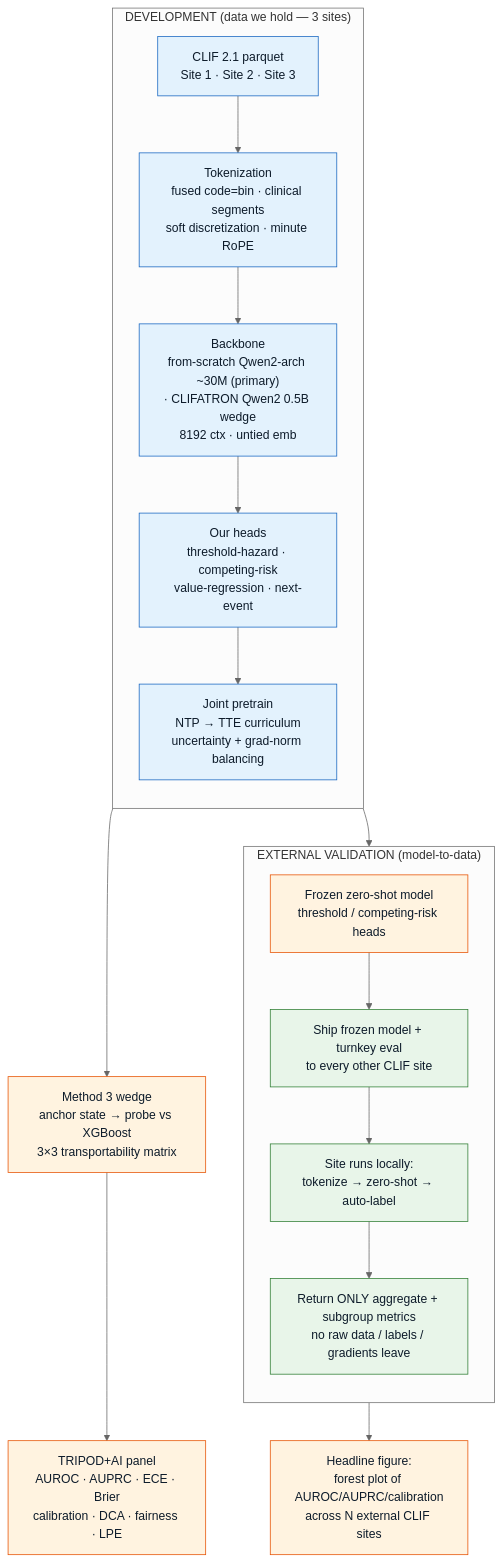
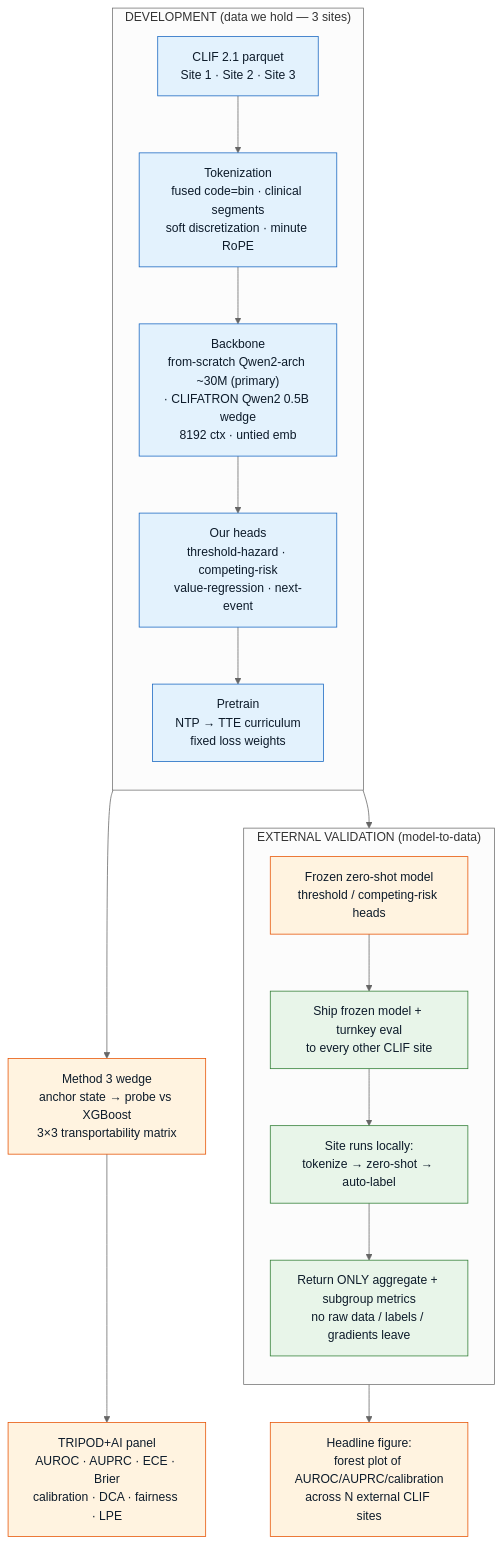
The first of 4 diagrams in website/docs/overview.md (sajor2000/clifatron2.0), drawn with Mermaid (neutral theme) before and after one commit. The commit also changed 20 other files, not shown here.

First line of the commit message:
feat(train): curriculum by optimizer update, objective arms, fixed loss weights (U4)

````diff
--- a/website/docs/overview.md
+++ b/website/docs/overview.md
@@ -50,30 +50,30 @@
 ```mermaid
 flowchart TB
     subgraph DEV["DEVELOPMENT (data we hold — 3 sites)"]
         direction TB
         A["CLIF 2.1 parquet<br/>Site 1 · Site 2 · Site 3"] --> B["Tokenization<br/>fused code=bin · clinical segments<br/>soft discretization · minute RoPE"]
         B --> C["Backbone<br/>from-scratch Qwen2-arch ~30M (primary)<br/>· CLIFATRON Qwen2 0.5B wedge<br/>8192 ctx · untied emb"]
         C --> D["Our heads<br/>threshold-hazard · competing-risk<br/>value-regression · next-event"]
-        D --> E["Joint pretrain<br/>NTP → TTE curriculum<br/>uncertainty + grad-norm balancing"]
+        D --> E["Pretrain<br/>NTP → TTE curriculum<br/>fixed loss weights"]
     end
 
     E --> F["Method 3 wedge<br/>anchor state → probe vs XGBoost<br/>3×3 transportability matrix"]
     E --> G["Frozen zero-shot model<br/>threshold / competing-risk heads"]
 
     subgraph EXT["EXTERNAL VALIDATION (model-to-data)"]
         direction TB
         G --> H["Ship frozen model + turnkey eval<br/>to every other CLIF site"]
         H --> I["Site runs locally:<br/>tokenize → zero-shot → auto-label"]
         I --> J["Return ONLY aggregate + subgroup metrics<br/>no raw data / labels / gradients leave"]
     end
 
     F --> K["TRIPOD+AI panel<br/>AUROC · AUPRC · ECE · Brier<br/>calibration · DCA · fairness · LPE"]
     J --> L["Headline figure:<br/>forest plot of AUROC/AUPRC/calibration<br/>across N external CLIF sites"]
 
     classDef dev fill:#e3f2fd,stroke:#1565c0,color:#0d1b2a;
     classDef ext fill:#e8f5e9,stroke:#2e7d32,color:#0d1b2a;
     classDef out fill:#fff3e0,stroke:#e65100,color:#0d1b2a;
     class A,B,C,D,E dev;
     class H,I,J ext;
     class F,G,K,L out;
 ```
````
